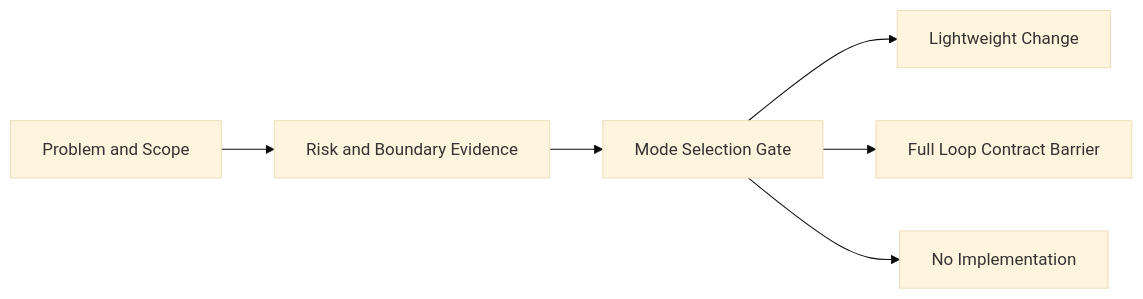
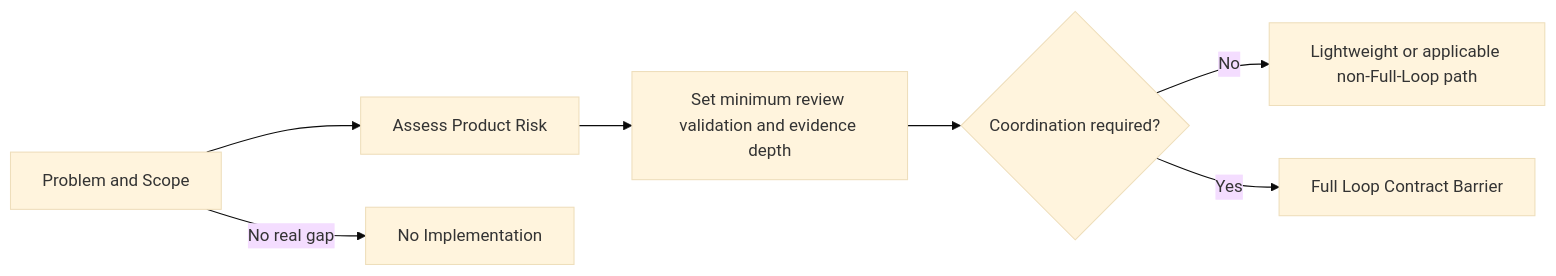
Before and after one commit to tutict/LoopPilot: the first of 3 diagrams in docs/mode-selection-and-escalation.md, drawn with Mermaid (base theme). The commit also changed other lines of this file and 63 other files, not shown here.

````diff
--- a/docs/mode-selection-and-escalation.md
+++ b/docs/mode-selection-and-escalation.md
@@ -11,8 +25,9 @@
 ```mermaid
 flowchart LR
-    P[Problem and Scope] --> R[Risk and Boundary Evidence]
-    R --> G[Mode Selection Gate]
-    G --> L[Lightweight Change]
-    G --> F[Full Loop Contract Barrier]
-    G --> N[No Implementation]
+    P[Problem and Scope] --> R[Assess Product Risk]
+    R --> V[Set minimum review validation and evidence depth]
+    V --> G{Coordination required?}
+    G -->|No| L[Lightweight or applicable non-Full-Loop path]
+    G -->|Yes| F[Full Loop Contract Barrier]
+    P -->|No real gap| N[No Implementation]
 ```
````
